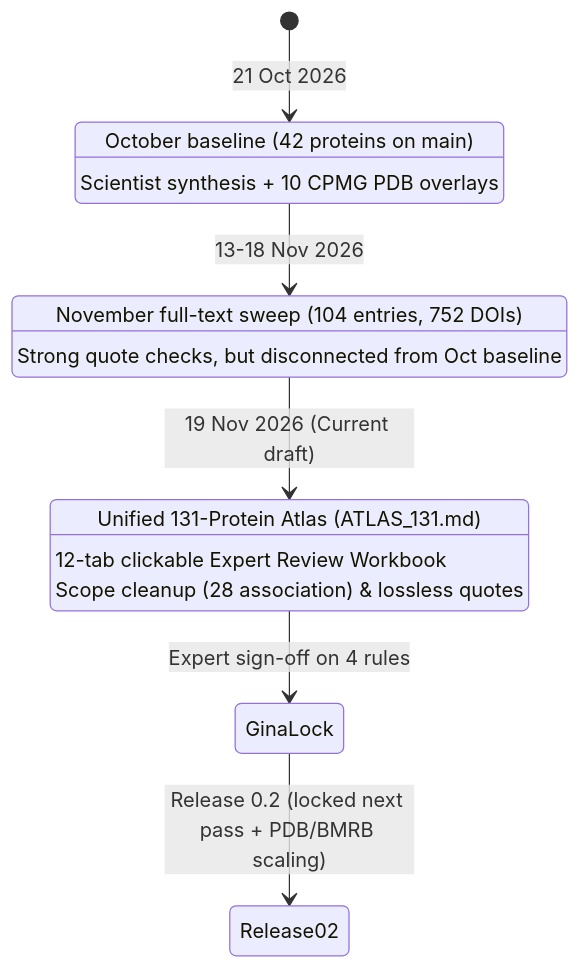
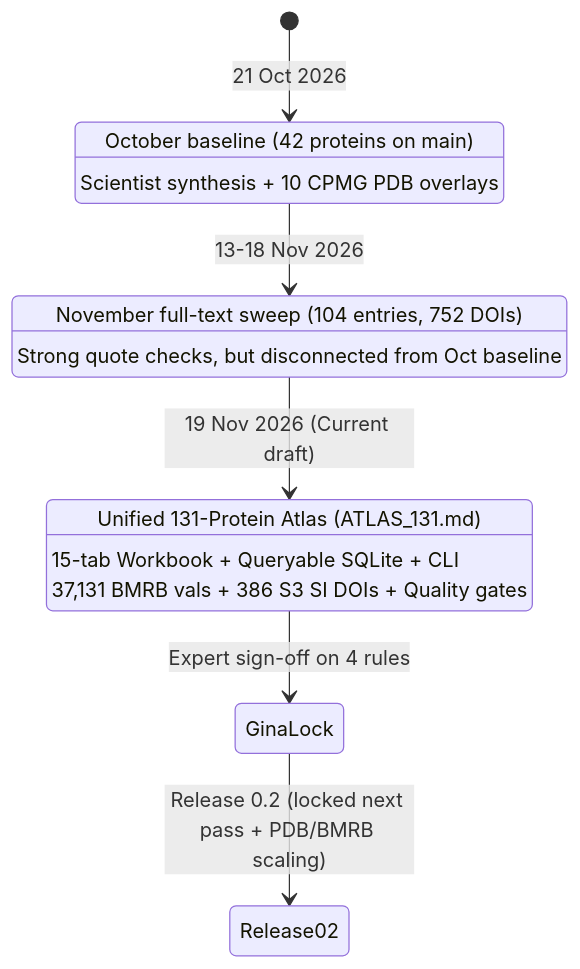
One commit to alex051107/dynamics-atlas-relaxdb changed the diagram in methods/changes_since_v01.md. Above: the diagram before and after it, drawn with Mermaid. The commit also changed 7 other files, not shown here.

Commit message:
Upgrade Expert Review package to 15-tab workbook + queryable SQLite DB (37,131 BMRB vals, 386 S3 SI DOIs, quality gates)

````diff
--- a/methods/changes_since_v01.md
+++ b/methods/changes_since_v01.md
@@ -5,18 +5,18 @@
 ```mermaid
 stateDiagram-v2
     [*] --> OctBaseline: 21 Oct 2026
     OctBaseline: October baseline (42 proteins on main)
     OctBaseline: Scientist synthesis + 10 CPMG PDB overlays
 
     OctBaseline --> NovSweep: 13-18 Nov 2026
     NovSweep: November full-text sweep (104 entries, 752 DOIs)
     NovSweep: Strong quote checks, but disconnected from Oct baseline
 
     NovSweep --> Unified131: 19 Nov 2026 (Current draft)
     Unified131: Unified 131-Protein Atlas (ATLAS_131.md)
-    Unified131: 12-tab clickable Expert Review Workbook
-    Unified131: Scope cleanup (28 association) & lossless quotes
+    Unified131: 15-tab Workbook + Queryable SQLite + CLI
+    Unified131: 37,131 BMRB vals + 386 S3 SI DOIs + Quality gates
 
     Unified131 --> GinaLock: Expert sign-off on 4 rules
     GinaLock --> Release02: Release 0.2 (locked next pass + PDB/BMRB scaling)
 ```
````
